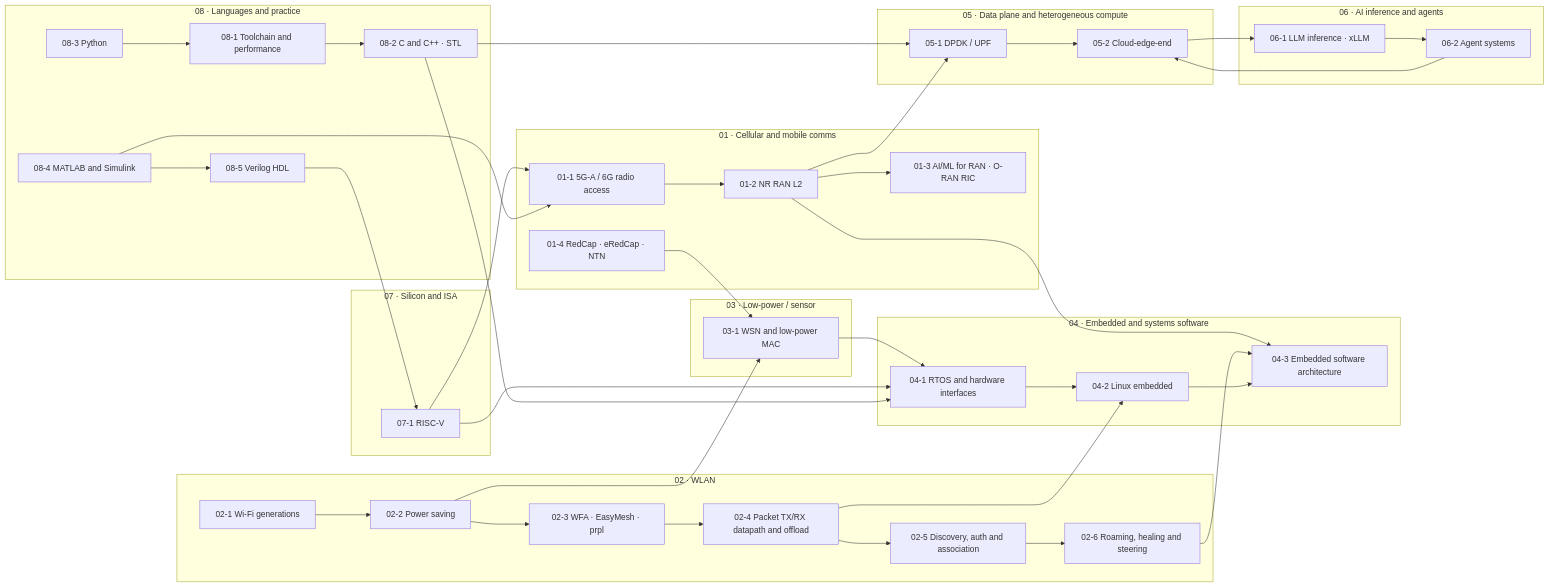
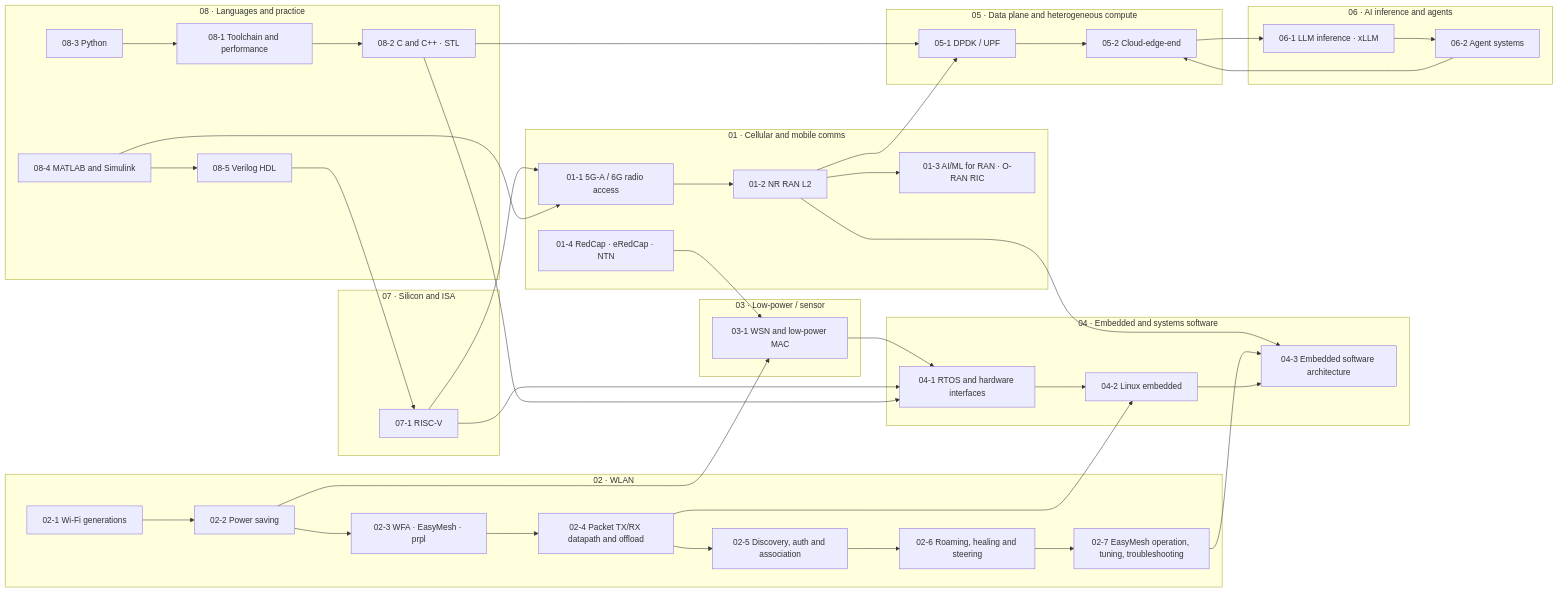
Before and after one commit to washingtonxr/xSkills: the second of 2 diagrams in knowledge-graph/00 MOC - Comms x Compute x AI Knowledge Graph.md, drawn with Mermaid. The commit also changed other lines of this file and 12 other files, not shown here.

````diff
--- a/knowledge-graph/00 MOC - Comms x Compute x AI Knowledge Graph.md
+++ b/knowledge-graph/00 MOC - Comms x Compute x AI Knowledge Graph.md
@@ -71,67 +71,69 @@
 ```mermaid
 flowchart LR
     subgraph g1["01 · Cellular and mobile comms"]
         c1["01-1 5G-A / 6G radio access"]
         c2["01-2 NR RAN L2"]
         c3["01-3 AI/ML for RAN · O-RAN RIC"]
         c4["01-4 RedCap · eRedCap · NTN"]
     end
     subgraph g2["02 · WLAN"]
         w1["02-1 Wi-Fi generations"]
         w2["02-2 Power saving"]
         w3["02-3 WFA · EasyMesh · prpl"]
         w4["02-4 Packet TX/RX datapath and offload"]
         w5["02-5 Discovery, auth and association"]
         w6["02-6 Roaming, healing and steering"]
+        w7["02-7 EasyMesh operation, tuning, troubleshooting"]
     end
     subgraph g3["03 · Low-power / sensor"]
         s1["03-1 WSN and low-power MAC"]
     end
     subgraph g4["04 · Embedded and systems software"]
         e1["04-1 RTOS and hardware interfaces"]
         e2["04-2 Linux embedded"]
         e3["04-3 Embedded software architecture"]
     end
     subgraph g5["05 · Data plane and heterogeneous compute"]
         d1["05-1 DPDK / UPF"]
         d2["05-2 Cloud-edge-end"]
     end
     subgraph g6["06 · AI inference and agents"]
         i1["06-1 LLM inference · xLLM"]
         i2["06-2 Agent systems"]
     end
     subgraph g7["07 · Silicon and ISA"]
         r1["07-1 RISC-V"]
     end
     subgraph g8["08 · Languages and practice"]
         p1["08-1 Toolchain and performance"]
         p2["08-2 C and C++ · STL"]
         p3["08-3 Python"]
         p4["08-4 MATLAB and Simulink"]
         p5["08-5 Verilog HDL"]
     end
 
     c1 --> c2 --> c3
     c2 --> e3
     c4 --> s1
     w1 --> w2 --> w3
     w3 --> w4
     w4 --> w5
     w5 --> w6
-    w6 --> e3
+    w6 --> w7
+    w7 --> e3
     w4 --> e2
     w2 --> s1 --> e1
     e1 --> e2 --> e3
     c2 --> d1 --> d2
     d2 --> i1 --> i2
     i2 --> d2
     r1 --> c1
     r1 --> e1
     p2 --> e1
     p2 --> d1
     p1 --> p2
     p3 --> p1
     p4 --> c1
     p4 --> p5
     p5 --> r1
 ```
````
